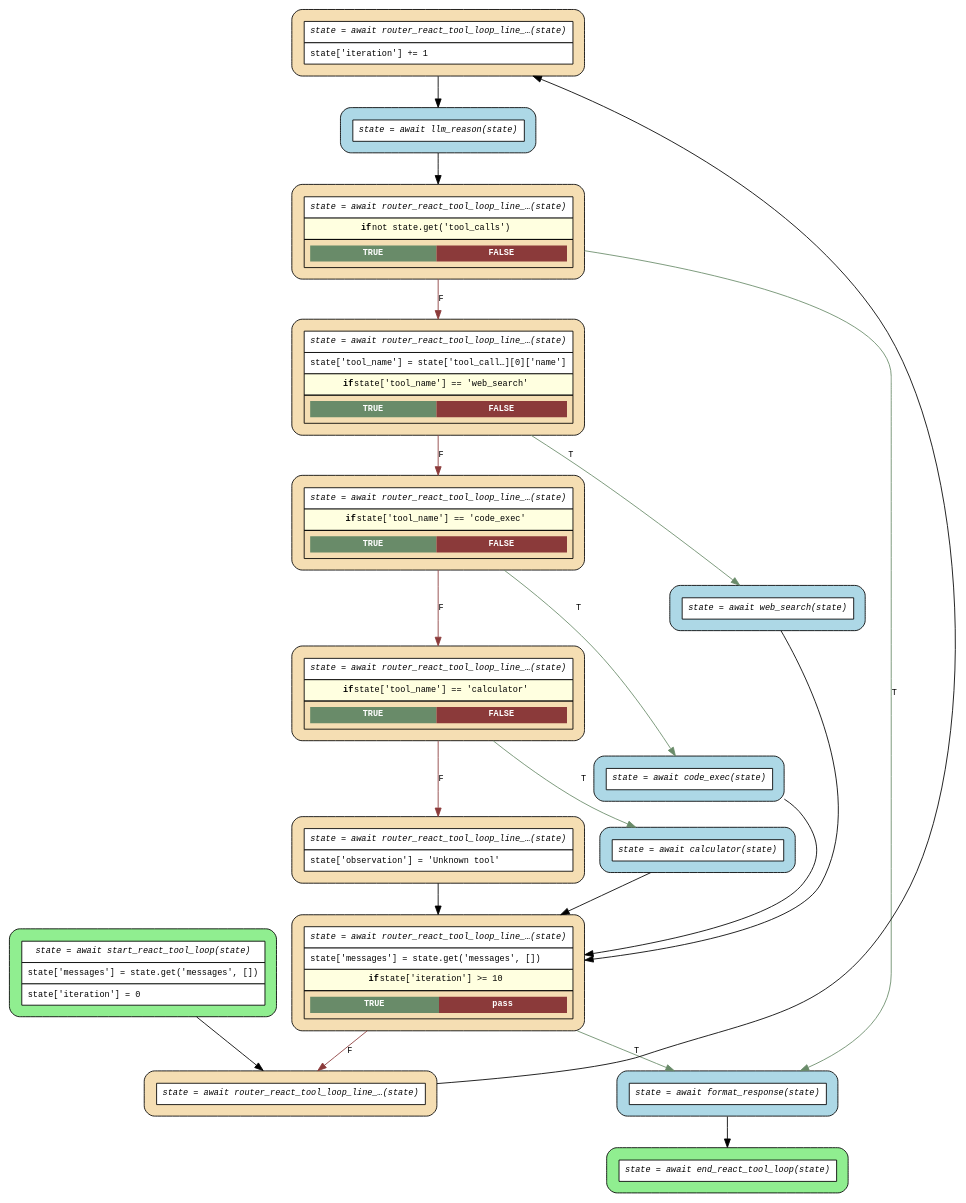
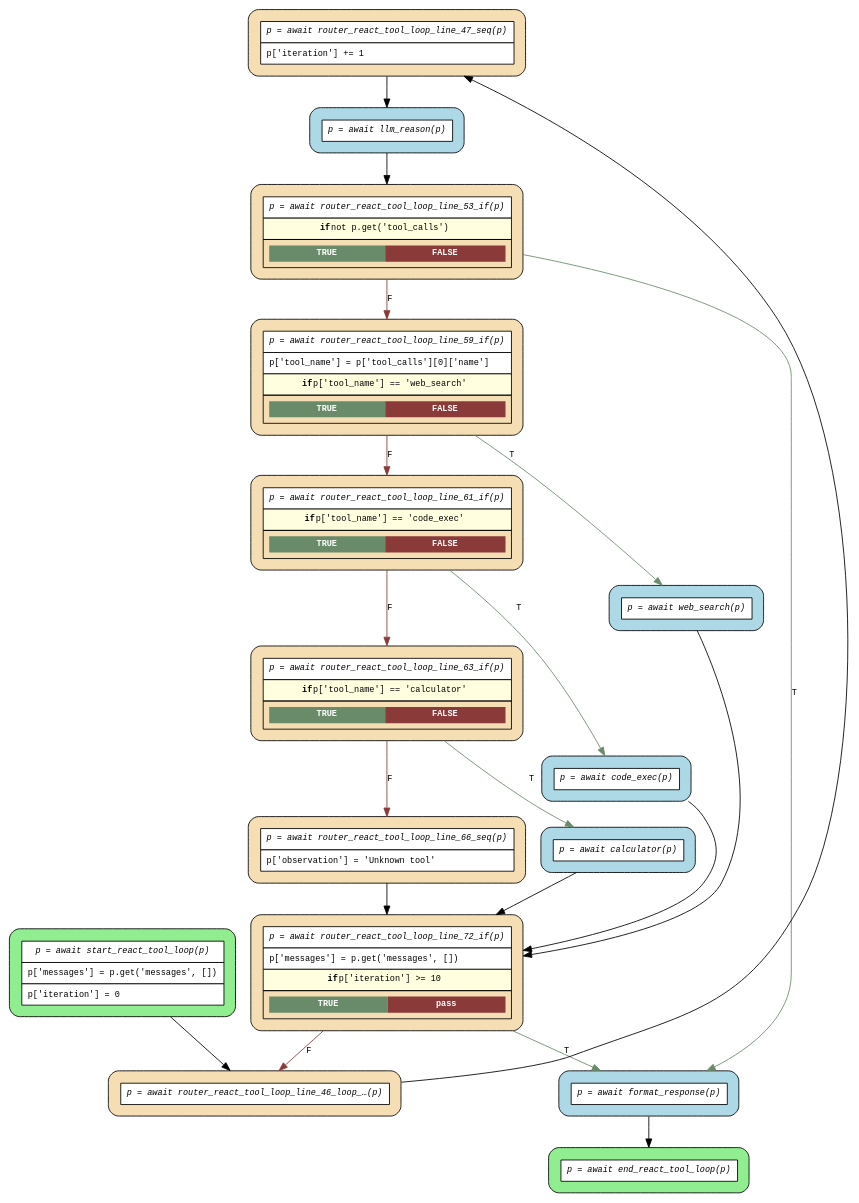
The diagram in examples/flows/agentic/compiled/react_tool_loop/flow.dot (mrhillsman-enterprise-ai/asya), drawn with Graphviz before and after one commit. The commit also changed 161 other files, not shown here.

First line of the commit message:
fix(flow-compiler): generate SVG instead of PNG for deterministic pre-commit flow diagrams [bvs4] (#302)

```diff
--- a/examples/flows/agentic/compiled/react_tool_loop/flow.dot
+++ b/examples/flows/agentic/compiled/react_tool_loop/flow.dot
@@ -1,42 +1,42 @@
 digraph flow {
   rankdir=TB;
   graph [fontname="Courier", fontsize=10];
   node [fontname="Courier", fontsize=10, shape=box, style="filled,rounded", margin="0.2"];
   edge [fontname="Courier", fontsize=10];
 
-  start_react_tool_loop [fillcolor="lightgreen", group="main", label=<<table border="0" cellspacing="0" cellpadding="6" cellborder="1"><tr><td bgcolor="white" align="center"><i>state = await start_react_tool_loop(state)</i></td></tr><tr><td bgcolor="white" align="left">state['messages'] = state.get('messages', [])</td></tr><tr><td bgcolor="white" align="left">state['iteration'] = 0</td></tr></table>>];
-  router_react_tool_loop_line_66_seq [fillcolor="wheat", group="main", label=<<table border="0" cellspacing="0" cellpadding="6" cellborder="1"><tr><td bgcolor="white" align="center"><i>state = await router_react_tool_loop_line_…(state)</i></td></tr><tr><td bgcolor="white" align="left">state['observation'] = 'Unknown tool'</td></tr></table>>];
-  router_react_tool_loop_line_63_if [fillcolor="wheat", group="main", label=<<table border="0" cellspacing="0" cellpadding="6" cellborder="1"><tr><td bgcolor="white" align="center"><i>state = await router_react_tool_loop_line_…(state)</i></td></tr><tr><td bgcolor="lightyellow"><b>if</b> state['tool_name'] == 'calculator'</td></tr><tr><td><table border="0" cellspacing="0" cellpadding="4"><tr><td bgcolor="darkseagreen4"><font color="white"><b>TRUE</b></font></td><td bgcolor="indianred4"><font color="white"><b>FALSE</b></font></td></tr></table></td></tr></table>>];
-  router_react_tool_loop_line_61_if [fillcolor="wheat", group="main", label=<<table border="0" cellspacing="0" cellpadding="6" cellborder="1"><tr><td bgcolor="white" align="center"><i>state = await router_react_tool_loop_line_…(state)</i></td></tr><tr><td bgcolor="lightyellow"><b>if</b> state['tool_name'] == 'code_exec'</td></tr><tr><td><table border="0" cellspacing="0" cellpadding="4"><tr><td bgcolor="darkseagreen4"><font color="white"><b>TRUE</b></font></td><td bgcolor="indianred4"><font color="white"><b>FALSE</b></font></td></tr></table></td></tr></table>>];
-  router_react_tool_loop_line_72_if [fillcolor="wheat", group="main", label=<<table border="0" cellspacing="0" cellpadding="6" cellborder="1"><tr><td bgcolor="white" align="center"><i>state = await router_react_tool_loop_line_…(state)</i></td></tr><tr><td bgcolor="white" align="left">state['messages'] = state.get('messages', [])</td></tr><tr><td bgcolor="lightyellow"><b>if</b> state['iteration'] &gt;= 10</td></tr><tr><td><table border="0" cellspacing="0" cellpadding="4"><tr><td bgcolor="darkseagreen4"><font color="white"><b>TRUE</b></font></td><td bgcolor="indianred4"><font color="white"><b>pass</b></font></td></tr></table></td></tr></table>>];
-  router_react_tool_loop_line_59_if [fillcolor="wheat", group="main", label=<<table border="0" cellspacing="0" cellpadding="6" cellborder="1"><tr><td bgcolor="white" align="center"><i>state = await router_react_tool_loop_line_…(state)</i></td></tr><tr><td bgcolor="white" align="left">state['tool_name'] = state['tool_call…][0]['name']</td></tr><tr><td bgcolor="lightyellow"><b>if</b> state['tool_name'] == 'web_search'</td></tr><tr><td><table border="0" cellspacing="0" cellpadding="4"><tr><td bgcolor="darkseagreen4"><font color="white"><b>TRUE</b></font></td><td bgcolor="indianred4"><font color="white"><b>FALSE</b></font></td></tr></table></td></tr></table>>];
-  router_react_tool_loop_line_53_if [fillcolor="wheat", group="main", label=<<table border="0" cellspacing="0" cellpadding="6" cellborder="1"><tr><td bgcolor="white" align="center"><i>state = await router_react_tool_loop_line_…(state)</i></td></tr><tr><td bgcolor="lightyellow"><b>if</b> not state.get('tool_calls')</td></tr><tr><td><table border="0" cellspacing="0" cellpadding="4"><tr><td bgcolor="darkseagreen4"><font color="white"><b>TRUE</b></font></td><td bgcolor="indianred4"><font color="white"><b>FALSE</b></font></td></tr></table></td></tr></table>>];
-  router_react_tool_loop_line_47_seq [fillcolor="wheat", group="main", label=<<table border="0" cellspacing="0" cellpadding="6" cellborder="1"><tr><td bgcolor="white" align="center"><i>state = await router_react_tool_loop_line_…(state)</i></td></tr><tr><td bgcolor="white" align="left">state['iteration'] += 1</td></tr></table>>];
-  router_react_tool_loop_line_46_loop_back_0 [fillcolor="wheat", group="main", label=<<table border="0" cellspacing="0" cellpadding="6" cellborder="1"><tr><td bgcolor="white" align="center"><i>state = await router_react_tool_loop_line_…(state)</i></td></tr></table>>];
-  end_react_tool_loop [fillcolor="lightgreen", group="main", label=<<table border="0" cellspacing="0" cellpadding="6" cellborder="1"><tr><td bgcolor="white" align="center"><i>state = await end_react_tool_loop(state)</i></td></tr></table>>];
-  calculator [fillcolor="lightblue", label=<<table border="0" cellspacing="0" cellpadding="6" cellborder="1"><tr><td bgcolor="white" align="center"><i>state = await calculator(state)</i></td></tr></table>>];
-  code_exec [fillcolor="lightblue", label=<<table border="0" cellspacing="0" cellpadding="6" cellborder="1"><tr><td bgcolor="white" align="center"><i>state = await code_exec(state)</i></td></tr></table>>];
-  format_response [fillcolor="lightblue", label=<<table border="0" cellspacing="0" cellpadding="6" cellborder="1"><tr><td bgcolor="white" align="center"><i>state = await format_response(state)</i></td></tr></table>>];
-  llm_reason [fillcolor="lightblue", label=<<table border="0" cellspacing="0" cellpadding="6" cellborder="1"><tr><td bgcolor="white" align="center"><i>state = await llm_reason(state)</i></td></tr></table>>];
-  web_search [fillcolor="lightblue", label=<<table border="0" cellspacing="0" cellpadding="6" cellborder="1"><tr><td bgcolor="white" align="center"><i>state = await web_search(state)</i></td></tr></table>>];
+  start_react_tool_loop [fillcolor="lightgreen", group="main", label=<<table border="0" cellspacing="0" cellpadding="6" cellborder="1"><tr><td bgcolor="white" align="center"><i>p = await start_react_tool_loop(p)</i></td></tr><tr><td bgcolor="white" align="left">p['messages'] = p.get('messages', [])</td></tr><tr><td bgcolor="white" align="left">p['iteration'] = 0</td></tr></table>>];
+  router_react_tool_loop_line_66_seq [fillcolor="wheat", group="main", label=<<table border="0" cellspacing="0" cellpadding="6" cellborder="1"><tr><td bgcolor="white" align="center"><i>p = await router_react_tool_loop_line_66_seq(p)</i></td></tr><tr><td bgcolor="white" align="left">p['observation'] = 'Unknown tool'</td></tr></table>>];
+  router_react_tool_loop_line_63_if [fillcolor="wheat", group="main", label=<<table border="0" cellspacing="0" cellpadding="6" cellborder="1"><tr><td bgcolor="white" align="center"><i>p = await router_react_tool_loop_line_63_if(p)</i></td></tr><tr><td bgcolor="lightyellow"><b>if</b> p['tool_name'] == 'calculator'</td></tr><tr><td><table border="0" cellspacing="0" cellpadding="4"><tr><td bgcolor="darkseagreen4"><font color="white"><b>TRUE</b></font></td><td bgcolor="indianred4"><font color="white"><b>FALSE</b></font></td></tr></table></td></tr></table>>];
+  router_react_tool_loop_line_61_if [fillcolor="wheat", group="main", label=<<table border="0" cellspacing="0" cellpadding="6" cellborder="1"><tr><td bgcolor="white" align="center"><i>p = await router_react_tool_loop_line_61_if(p)</i></td></tr><tr><td bgcolor="lightyellow"><b>if</b> p['tool_name'] == 'code_exec'</td></tr><tr><td><table border="0" cellspacing="0" cellpadding="4"><tr><td bgcolor="darkseagreen4"><font color="white"><b>TRUE</b></font></td><td bgcolor="indianred4"><font color="white"><b>FALSE</b></font></td></tr></table></td></tr></table>>];
+  router_react_tool_loop_line_72_if [fillcolor="wheat", group="main", label=<<table border="0" cellspacing="0" cellpadding="6" cellborder="1"><tr><td bgcolor="white" align="center"><i>p = await router_react_tool_loop_line_72_if(p)</i></td></tr><tr><td bgcolor="white" align="left">p['messages'] = p.get('messages', [])</td></tr><tr><td bgcolor="lightyellow"><b>if</b> p['iteration'] &gt;= 10</td></tr><tr><td><table border="0" cellspacing="0" cellpadding="4"><tr><td bgcolor="darkseagreen4"><font color="white"><b>TRUE</b></font></td><td bgcolor="indianred4"><font color="white"><b>pass</b></font></td></tr></table></td></tr></table>>];
+  router_react_tool_loop_line_59_if [fillcolor="wheat", group="main", label=<<table border="0" cellspacing="0" cellpadding="6" cellborder="1"><tr><td bgcolor="white" align="center"><i>p = await router_react_tool_loop_line_59_if(p)</i></td></tr><tr><td bgcolor="white" align="left">p['tool_name'] = p['tool_calls'][0]['name']</td></tr><tr><td bgcolor="lightyellow"><b>if</b> p['tool_name'] == 'web_search'</td></tr><tr><td><table border="0" cellspacing="0" cellpadding="4"><tr><td bgcolor="darkseagreen4"><font color="white"><b>TRUE</b></font></td><td bgcolor="indianred4"><font color="white"><b>FALSE</b></font></td></tr></table></td></tr></table>>];
+  router_react_tool_loop_line_53_if [fillcolor="wheat", group="main", label=<<table border="0" cellspacing="0" cellpadding="6" cellborder="1"><tr><td bgcolor="white" align="center"><i>p = await router_react_tool_loop_line_53_if(p)</i></td></tr><tr><td bgcolor="lightyellow"><b>if</b> not p.get('tool_calls')</td></tr><tr><td><table border="0" cellspacing="0" cellpadding="4"><tr><td bgcolor="darkseagreen4"><font color="white"><b>TRUE</b></font></td><td bgcolor="indianred4"><font color="white"><b>FALSE</b></font></td></tr></table></td></tr></table>>];
+  router_react_tool_loop_line_47_seq [fillcolor="wheat", group="main", label=<<table border="0" cellspacing="0" cellpadding="6" cellborder="1"><tr><td bgcolor="white" align="center"><i>p = await router_react_tool_loop_line_47_seq(p)</i></td></tr><tr><td bgcolor="white" align="left">p['iteration'] += 1</td></tr></table>>];
+  router_react_tool_loop_line_46_loop_back_0 [fillcolor="wheat", group="main", label=<<table border="0" cellspacing="0" cellpadding="6" cellborder="1"><tr><td bgcolor="white" align="center"><i>p = await router_react_tool_loop_line_46_loop_…(p)</i></td></tr></table>>];
+  end_react_tool_loop [fillcolor="lightgreen", group="main", label=<<table border="0" cellspacing="0" cellpadding="6" cellborder="1"><tr><td bgcolor="white" align="center"><i>p = await end_react_tool_loop(p)</i></td></tr></table>>];
+  calculator [fillcolor="lightblue", label=<<table border="0" cellspacing="0" cellpadding="6" cellborder="1"><tr><td bgcolor="white" align="center"><i>p = await calculator(p)</i></td></tr></table>>];
+  code_exec [fillcolor="lightblue", label=<<table border="0" cellspacing="0" cellpadding="6" cellborder="1"><tr><td bgcolor="white" align="center"><i>p = await code_exec(p)</i></td></tr></table>>];
+  format_response [fillcolor="lightblue", label=<<table border="0" cellspacing="0" cellpadding="6" cellborder="1"><tr><td bgcolor="white" align="center"><i>p = await format_response(p)</i></td></tr></table>>];
+  llm_reason [fillcolor="lightblue", label=<<table border="0" cellspacing="0" cellpadding="6" cellborder="1"><tr><td bgcolor="white" align="center"><i>p = await llm_reason(p)</i></td></tr></table>>];
+  web_search [fillcolor="lightblue", label=<<table border="0" cellspacing="0" cellpadding="6" cellborder="1"><tr><td bgcolor="white" align="center"><i>p = await web_search(p)</i></td></tr></table>>];
 
   calculator -> router_react_tool_loop_line_72_if;
   code_exec -> router_react_tool_loop_line_72_if;
   format_response -> end_react_tool_loop;
   llm_reason -> router_react_tool_loop_line_53_if;
   router_react_tool_loop_line_46_loop_back_0 -> router_react_tool_loop_line_47_seq [constraint=false];
   router_react_tool_loop_line_47_seq -> llm_reason;
   router_react_tool_loop_line_53_if -> format_response [label="T", color=darkseagreen4];
   router_react_tool_loop_line_53_if -> router_react_tool_loop_line_59_if [label="F", color=indianred4];
   router_react_tool_loop_line_59_if -> router_react_tool_loop_line_61_if [label="F", color=indianred4];
   router_react_tool_loop_line_59_if -> web_search [label="T", color=darkseagreen4];
   router_react_tool_loop_line_61_if -> code_exec [label="T", color=darkseagreen4];
   router_react_tool_loop_line_61_if -> router_react_tool_loop_line_63_if [label="F", color=indianred4];
   router_react_tool_loop_line_63_if -> calculator [label="T", color=darkseagreen4];
   router_react_tool_loop_line_63_if -> router_react_tool_loop_line_66_seq [label="F", color=indianred4];
   router_react_tool_loop_line_66_seq -> router_react_tool_loop_line_72_if;
   router_react_tool_loop_line_72_if -> format_response [label="T", color=darkseagreen4];
   router_react_tool_loop_line_72_if -> router_react_tool_loop_line_46_loop_back_0 [label="F", color=indianred4];
   start_react_tool_loop -> router_react_tool_loop_line_46_loop_back_0;
   web_search -> router_react_tool_loop_line_72_if;
 }
```
